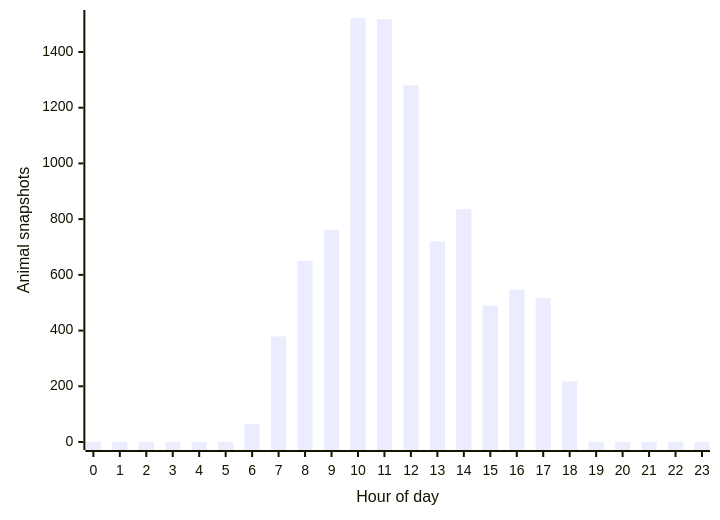
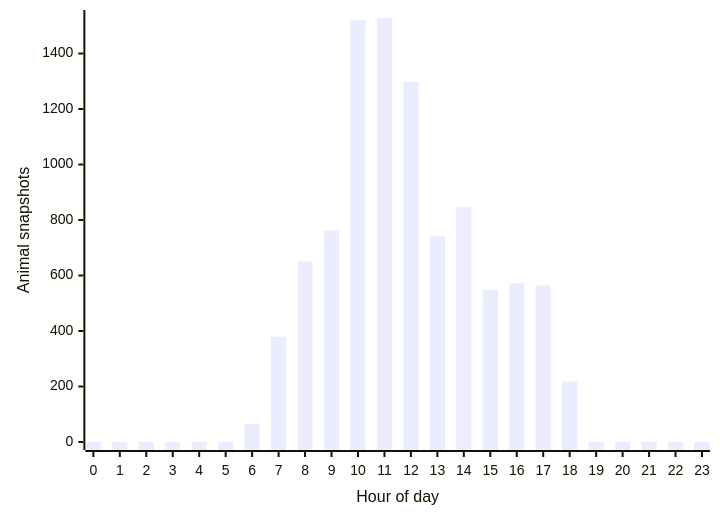
Before and after one commit to joshuafrommeyer-35/PierTracker: the second of 3 diagrams in README.md, drawn with Mermaid. The commit also changed other lines of this file and 7 other files, not shown here.

````diff
--- a/README.md
+++ b/README.md
@@ -143,6 +146,6 @@
 ```mermaid
 xychart-beta
     x-axis "Hour of day" [0, 1, 2, 3, 4, 5, 6, 7, 8, 9, 10, 11, 12, 13, 14, 15, 16, 17, 18, 19, 20, 21, 22, 23]
     y-axis "Animal snapshots"
-    bar [0, 0, 0, 0, 0, 0, 65, 379, 650, 762, 1522, 1518, 1281, 720, 836, 490, 547, 517, 218, 0, 0, 0, 0, 0]
+    bar [0, 0, 0, 0, 0, 0, 65, 379, 650, 762, 1522, 1528, 1298, 741, 846, 549, 572, 564, 218, 0, 0, 0, 0, 0]
 ```
````
